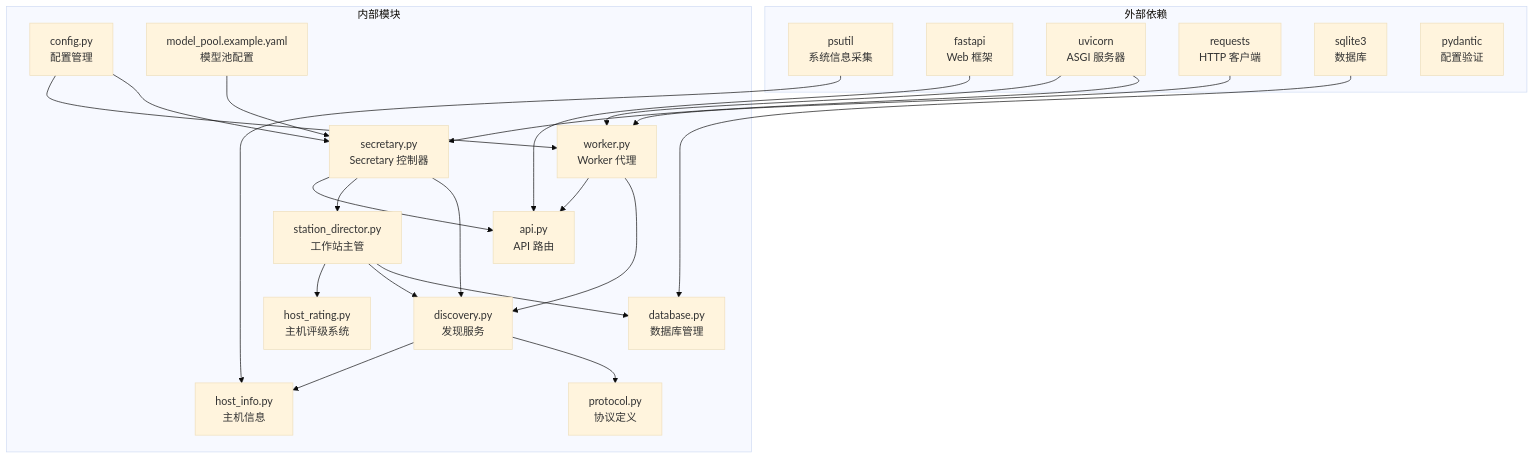
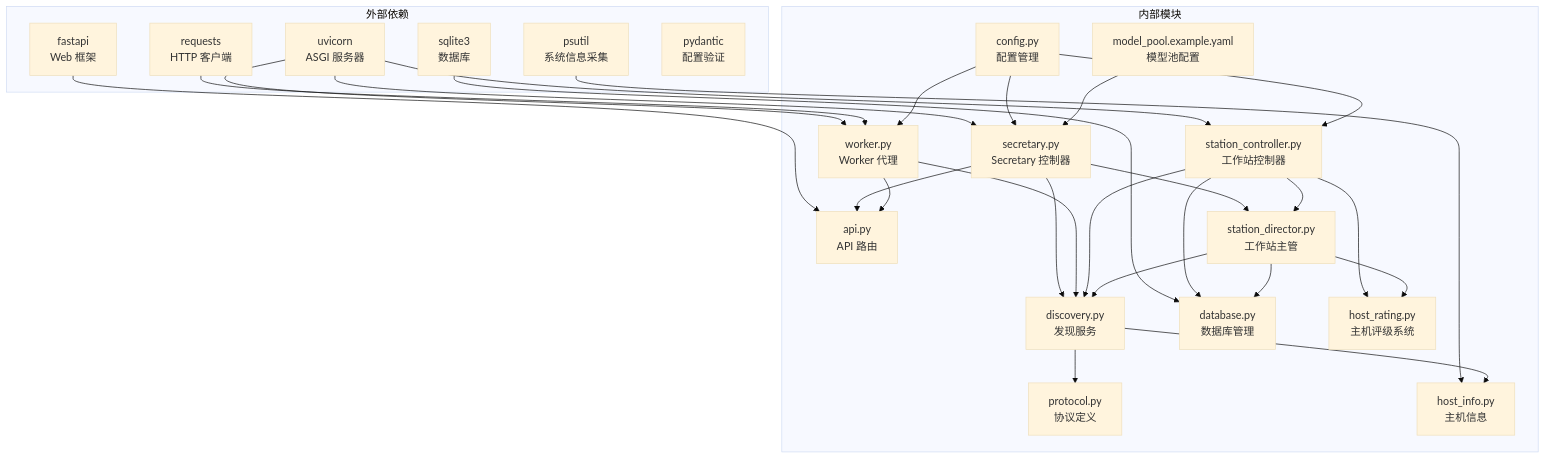
Before and after one commit to targalian/Personal-distributed-workstation: diagram 17 of 18 in .qoder/repowiki/zh/content/核心模块/设备发现系统.md, drawn with Mermaid (base theme). The commit also changed other lines of this file and 117 other files, not shown here.

````diff
--- a/.qoder/repowiki/zh/content/核心模块/设备发现系统.md
+++ b/.qoder/repowiki/zh/content/核心模块/设备发现系统.md
@@ -666,43 +786,50 @@
 ```mermaid
 graph TB
 subgraph "外部依赖"
 A[psutil<br/>系统信息采集]
 B[fastapi<br/>Web 框架]
 C[uvicorn<br/>ASGI 服务器]
 D[requests<br/>HTTP 客户端]
 E[sqlite3<br/>数据库]
 F[pydantic<br/>配置验证]
 end
 subgraph "内部模块"
 G[discovery.py<br/>发现服务]
 H[protocol.py<br/>协议定义]
 I[host_info.py<br/>主机信息]
 J[config.py<br/>配置管理]
 K[api.py<br/>API 路由]
 L[secretary.py<br/>Secretary 控制器]
 M[worker.py<br/>Worker 代理]
-N[station_director.py<br/>工作站主管]
-O[database.py<br/>数据库管理]
-P[host_rating.py<br/>主机评级系统]
-Q[model_pool.example.yaml<br/>模型池配置]
+N[station_controller.py<br/>工作站控制器]
+O[station_director.py<br/>工作站主管]
+P[database.py<br/>数据库管理]
+Q[host_rating.py<br/>主机评级系统]
+R[model_pool.example.yaml<br/>模型池配置]
 end
 A --> I
 B --> K
 C --> L
 C --> M
+C --> N
 D --> M
-E --> O
+E --> P
 G --> H
 G --> I
 L --> G
-L --> N
+L --> O
 M --> G
 L --> K
 M --> K
+N --> G
+N --> O
+N --> P
+N --> Q
 J --> L
 J --> M
-N --> O
-N --> G
-N --> P
-Q --> L
+J --> N
+O --> P
+O --> G
+O --> Q
+R --> L
 ```
````
